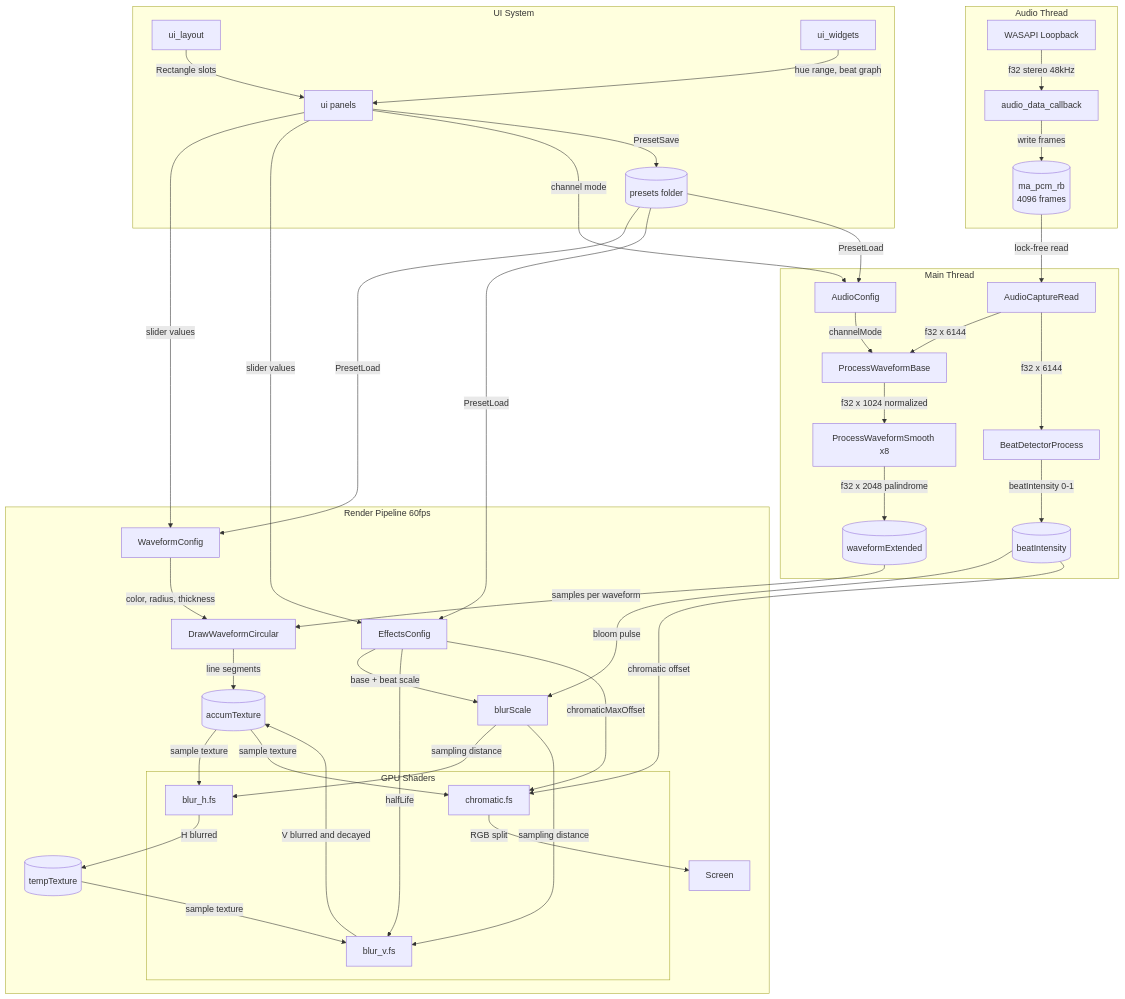
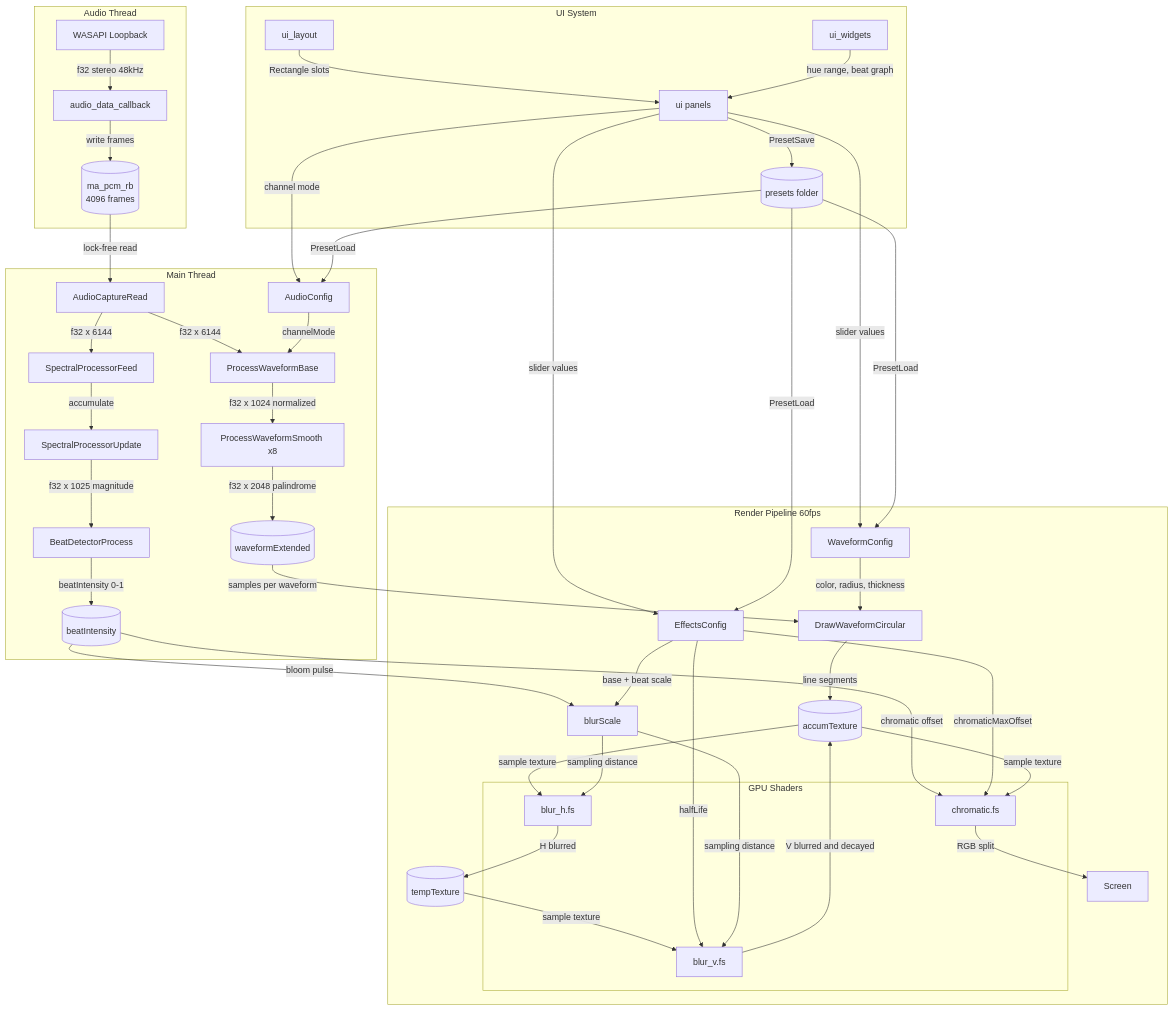
The diagram in docs/architecture.md (EvanLavender13/audio-jones), drawn with Mermaid before and after one commit. The commit also changed other lines of this file and 8 other files, not shown here.

First line of the commit message:
Extract SpectralProcessor from BeatDetector and add demo video

````diff
--- a/docs/architecture.md
+++ b/docs/architecture.md
@@ -11,55 +11,57 @@
 ```mermaid
 flowchart TD
     subgraph AudioThread[Audio Thread]
         WASAPI[WASAPI Loopback] -->|f32 stereo 48kHz| CB[audio_data_callback]
         CB -->|write frames| RB[(ma_pcm_rb<br/>4096 frames)]
     end
 
     subgraph MainLoop[Main Thread]
         RB -->|lock-free read| READ[AudioCaptureRead]
         READ -->|f32 x 6144| BASE[ProcessWaveformBase]
-        READ -->|f32 x 6144| BD[BeatDetectorProcess]
+        READ -->|f32 x 6144| SP[SpectralProcessorFeed]
+        SP -->|accumulate| FFT[SpectralProcessorUpdate]
+        FFT -->|f32 x 1025 magnitude| BD[BeatDetectorProcess]
         ACFG[AudioConfig] -->|channelMode| BASE
         BASE -->|f32 x 1024 normalized| SMOOTH[ProcessWaveformSmooth x8]
         SMOOTH -->|f32 x 2048 palindrome| EXT[(waveformExtended)]
         BD -->|beatIntensity 0-1| BI[(beatIntensity)]
     end
 
     subgraph RenderPipe[Render Pipeline 60fps]
         EXT -->|samples per waveform| DRAW[DrawWaveformCircular]
         CFG[WaveformConfig] -->|color, radius, thickness| DRAW
         DRAW -->|line segments| ACC[(accumTexture)]
         BI -->|bloom pulse| BS[blurScale]
         EFX[EffectsConfig] -->|base + beat scale| BS
 
         subgraph Shaders[GPU Shaders]
             BH[blur_h.fs]
             BV[blur_v.fs]
             CHR[chromatic.fs]
         end
 
         ACC -->|sample texture| BH
         BS -->|sampling distance| BH
         BH -->|H blurred| TMP[(tempTexture)]
         TMP -->|sample texture| BV
         EFX -->|halfLife| BV
         BS -->|sampling distance| BV
         BV -->|V blurred and decayed| ACC
         BI -->|chromatic offset| CHR
         EFX -->|chromaticMaxOffset| CHR
         ACC -->|sample texture| CHR
         CHR -->|RGB split| SCR[Screen]
     end
 
     subgraph UILayer[UI System]
         LAYOUT[ui_layout] -->|Rectangle slots| PNL[ui panels]
         WIDGETS[ui_widgets] -->|hue range, beat graph| PNL
         PNL -->|slider values| CFG
         PNL -->|slider values| EFX
         PNL -->|channel mode| ACFG
         PNL -->|PresetSave| DISK[(presets folder)]
         DISK -->|PresetLoad| CFG
         DISK -->|PresetLoad| EFX
         DISK -->|PresetLoad| ACFG
     end
 ```
````
